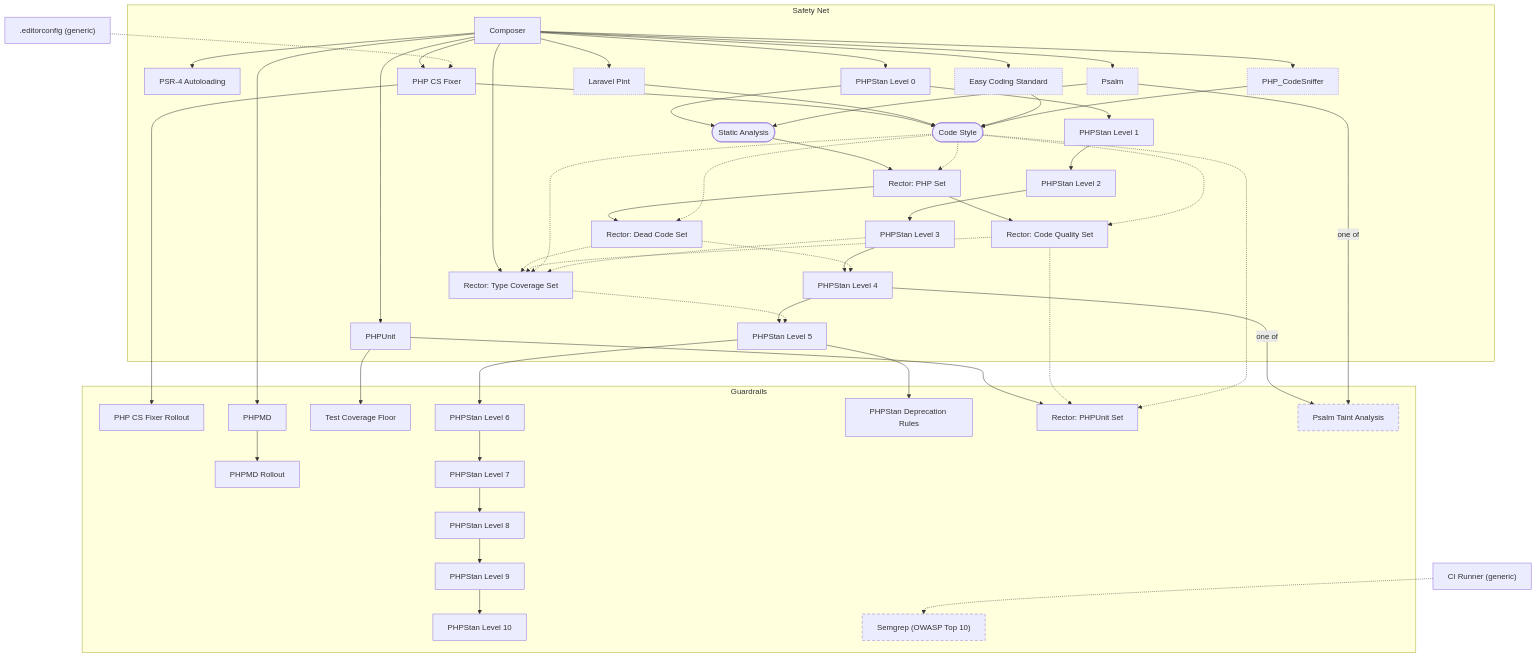
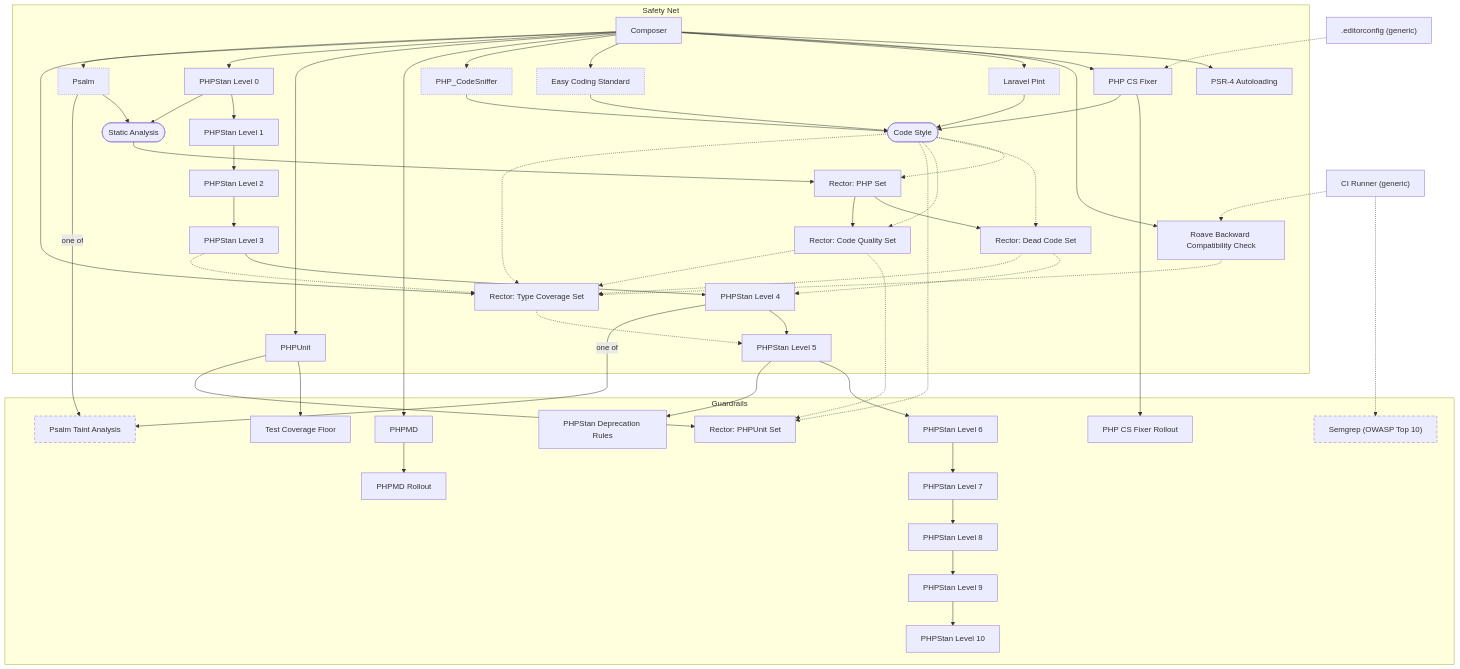
The diagram in docs/tooling/packs/php.md (Art4/continuous-refactoring), drawn with Mermaid before and after one commit. The commit also changed other lines of this file and 11 other files, not shown here.

First line of the commit message:
Roave BC Check in the Safety Net; BC-safe path for Rector Type Coverage

```diff
--- a/docs/tooling/packs/php.md
+++ b/docs/tooling/packs/php.md
@@ -11,6 +11,7 @@
   subgraph t_safety_net["Safety Net"]
     s_composer["Composer"]
     s_psr_4["PSR-4 Autoloading"]
+    s_roave_bc_check["Roave Backward Compatibility Check"]
     s_php_cs_fixer_adoption["PHP CS Fixer"]
     s_pint["Laravel Pint"]
     s_ecs["Easy Coding Standard"]
@@ -45,9 +46,11 @@
     s_psalm_taint_analysis["Psalm Taint Analysis"]
     s_semgrep["Semgrep (OWASP Top 10)"]
   end
+  x_ci_runner["CI Runner (generic)"]
   x_editorconfig[".editorconfig (generic)"]
-  x_ci_runner["CI Runner (generic)"]
   s_composer --> s_psr_4
+  s_composer --> s_roave_bc_check
+  x_ci_runner -.-> s_roave_bc_check
   s_composer --> s_php_cs_fixer_adoption
   x_editorconfig -.-> s_php_cs_fixer_adoption
   s_php_cs_fixer_adoption --> s_php_cs_fixer_rollout
@@ -93,6 +96,7 @@
   s_rector_code_quality -.-> s_rector_type_coverage
   r_code_style -.-> s_rector_type_coverage
   s_phpstan_level_3 -.-> s_rector_type_coverage
+  s_roave_bc_check -.-> s_rector_type_coverage
   s_phpstan_level_4 -->|one of| s_psalm_taint_analysis
   s_psalm -->|one of| s_psalm_taint_analysis
   x_ci_runner -.-> s_semgrep
```
